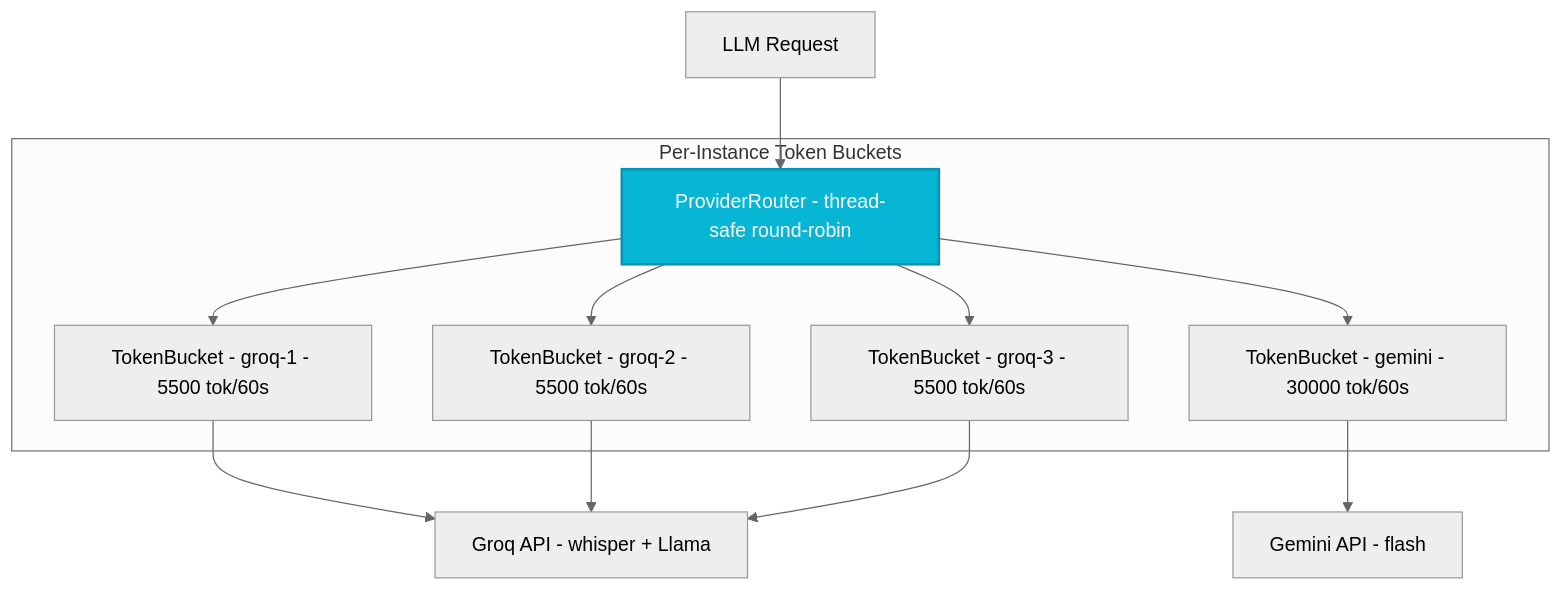
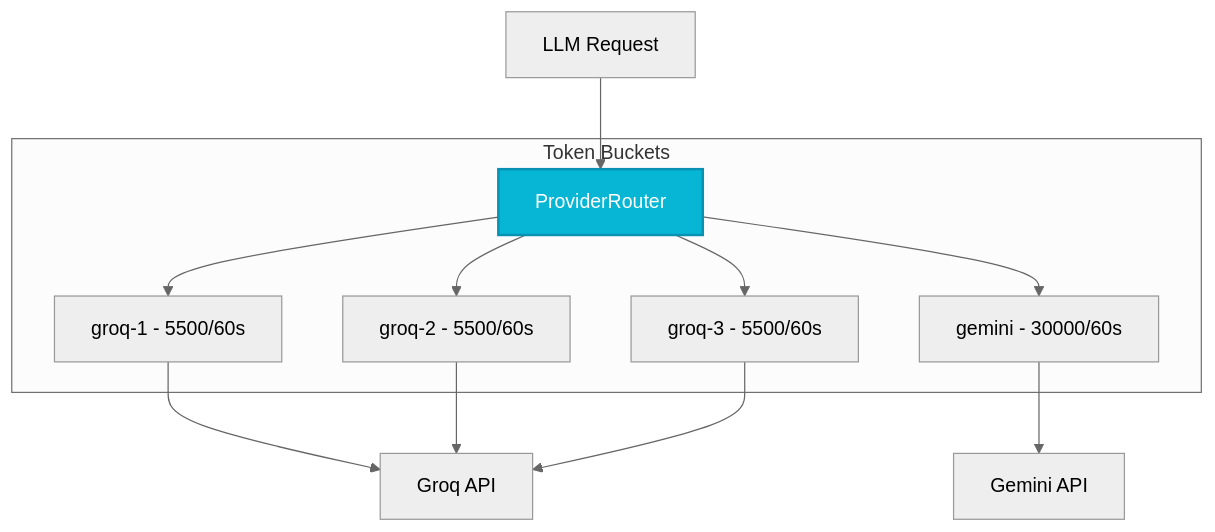
Diagram 13 of 15 in README.md (samm329-ui/Trimora_v2), drawn with Mermaid (neutral theme) before and after one commit. The commit also changed other lines of this file, not shown here.

First line of the commit message:
docs: fix Mermaid diagrams for mobile rendering

````diff
--- a/README.md
+++ b/README.md
@@ -1380,18 +1345,18 @@
 ```mermaid
 flowchart TB
-    REQ["LLM Request"] --> ROUTER["ProviderRouter - thread-safe round-robin"]
+    REQ["LLM Request"] --> ROUTER["ProviderRouter"]
 
-    subgraph Buckets["Per-Instance Token Buckets"]
-        ROUTER --> B1["TokenBucket - groq-1 - 5500 tok/60s"]
-        ROUTER --> B2["TokenBucket - groq-2 - 5500 tok/60s"]
-        ROUTER --> B3["TokenBucket - groq-3 - 5500 tok/60s"]
-        ROUTER --> B4["TokenBucket - gemini - 30000 tok/60s"]
+    subgraph Buckets["Token Buckets"]
+        ROUTER --> B1["groq-1 - 5500/60s"]
+        ROUTER --> B2["groq-2 - 5500/60s"]
+        ROUTER --> B3["groq-3 - 5500/60s"]
+        ROUTER --> B4["gemini - 30000/60s"]
     end
 
-    B1 --> G1["Groq API - whisper + Llama"]
+    B1 --> G1["Groq API"]
     B2 --> G1
     B3 --> G1
-    B4 --> G2["Gemini API - flash"]
+    B4 --> G2["Gemini API"]
 
     style ROUTER fill:#06b6d4,color:#fff,stroke:#0891b2,stroke-width:2px
 ```
````
